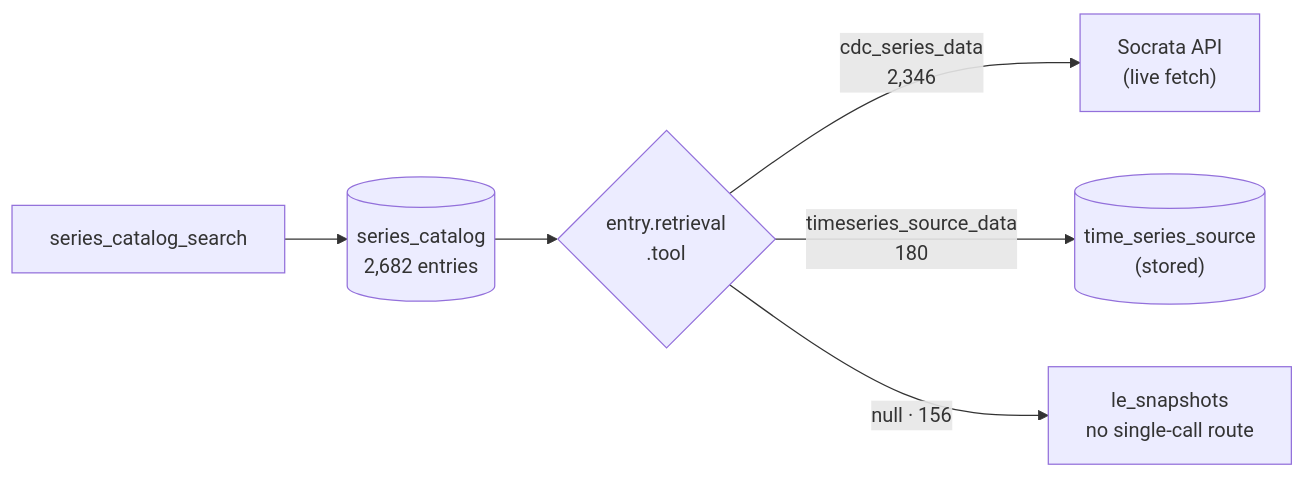
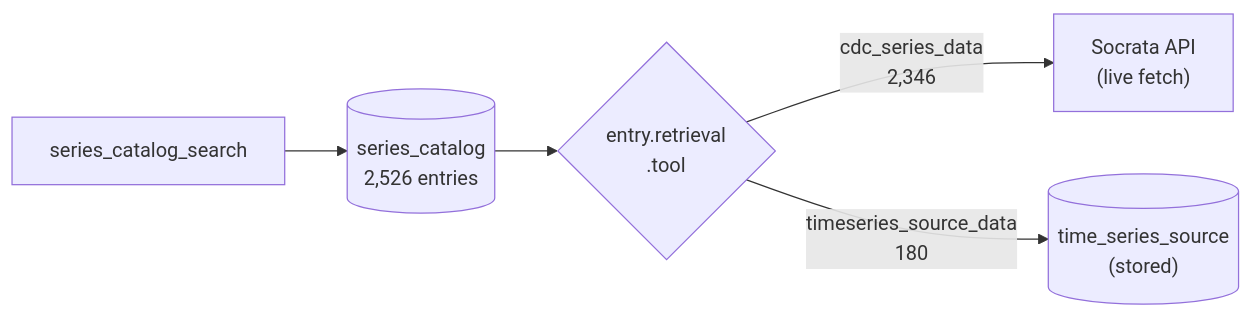
One commit to glyfish/sefer changed the diagram in meida/series-catalog.md. Above: the diagram before and after it, drawn with Mermaid. The commit also changed other lines of this file and 2 other files, not shown here.

First line of the commit message:
Drop le_snapshots from the docs; it no longer exists

````diff
--- a/meida/series-catalog.md
+++ b/meida/series-catalog.md
@@ -94,8 +94,7 @@
 ```mermaid
 graph LR
-    Q["series_catalog_search"] --> C[("series_catalog<br/>2,682 entries")]
+    Q["series_catalog_search"] --> C[("series_catalog<br/>2,526 entries")]
     C --> R{"entry.retrieval<br/>.tool"}
     R -->|"cdc_series_data<br/>2,346"| S["Socrata API<br/>(live fetch)"]
     R -->|"timeseries_source_data<br/>180"| T[("time_series_source<br/>(stored)")]
-    R -->|"null · 156"| N["le_snapshots<br/>no single-call route"]
 ```
````
